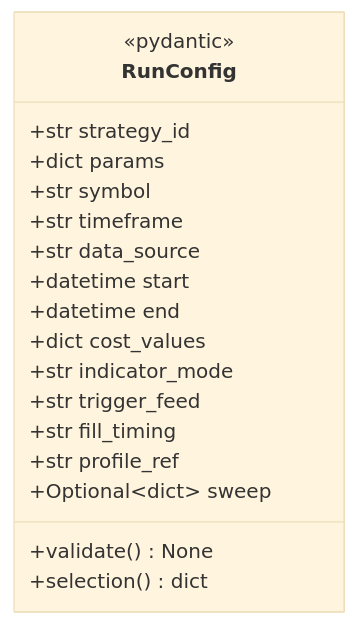
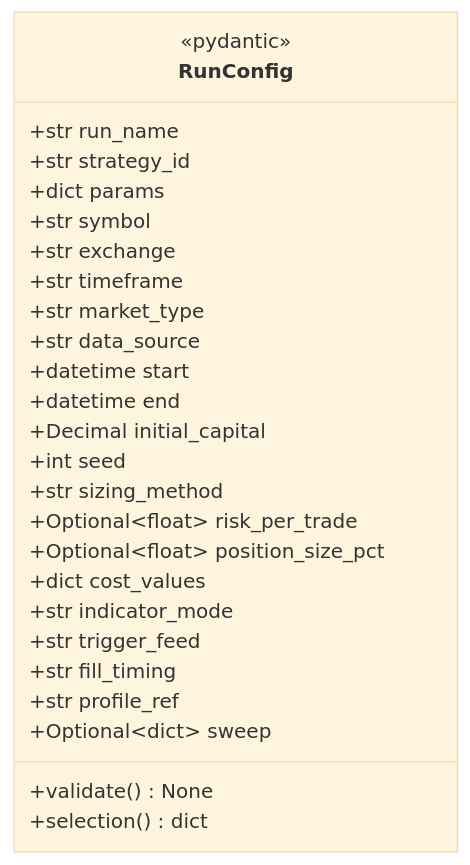
Diagram 22 of 25 in docs/fullspec/backtest_v2_detailed_design.md (vessel35/trading-system-v2), drawn with Mermaid (base theme) before and after one commit. The commit also changed other lines of this file and 1 other file, not shown here.

````diff
--- a/docs/fullspec/backtest_v2_detailed_design.md
+++ b/docs/fullspec/backtest_v2_detailed_design.md
@@ -3142,22 +3157,30 @@
 ```mermaid
 classDiagram
     direction LR
     class RunConfig {
         <<pydantic>>
+        +str run_name
         +str strategy_id
         +dict params
         +str symbol
+        +str exchange
         +str timeframe
+        +str market_type
         +str data_source
         +datetime start
         +datetime end
+        +Decimal initial_capital
+        +int seed
+        +str sizing_method
+        +Optional~float~ risk_per_trade
+        +Optional~float~ position_size_pct
         +dict cost_values
         +str indicator_mode
         +str trigger_feed
         +str fill_timing
         +str profile_ref
         +Optional~dict~ sweep
         +validate() None
         +selection() dict
     }
 ```
````
